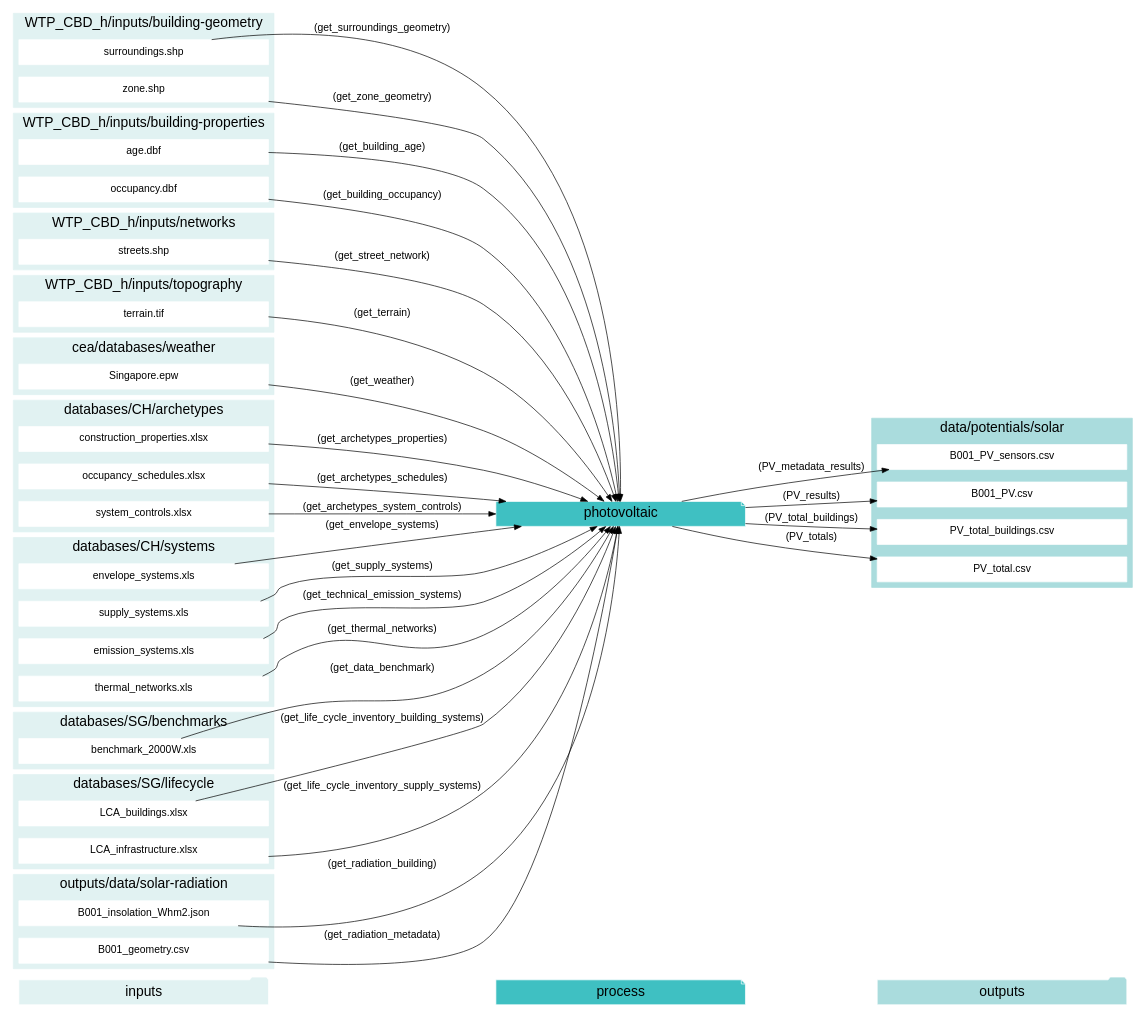
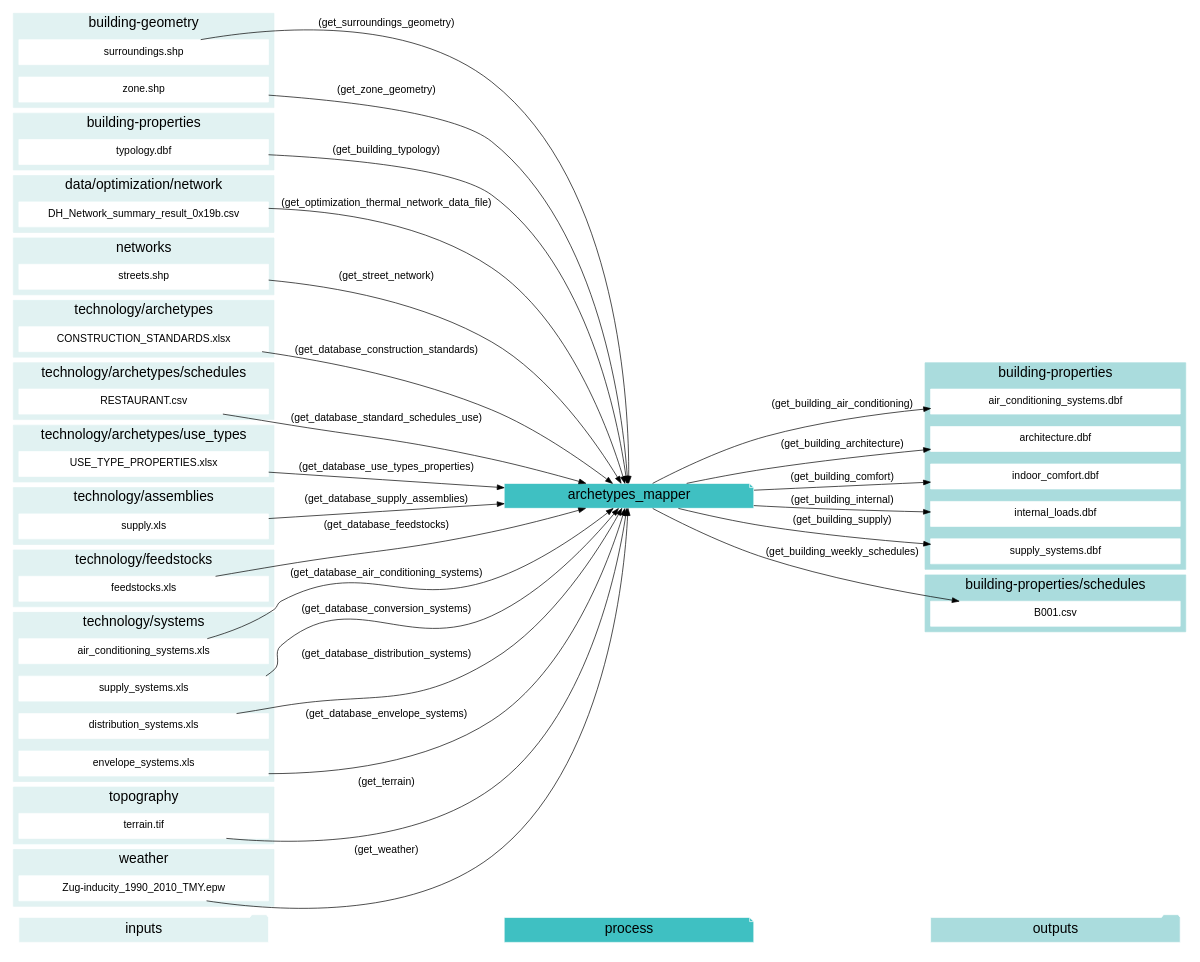
Before and after one commit to architecture-building-systems/CityEnergyAnalyst: diagram 20 of 20 in docs/script-data-flow.rst, drawn with Graphviz. The commit also changed other lines of this file and 24 other files, not shown here.

```diff
--- a/docs/script-data-flow.rst
+++ b/docs/script-data-flow.rst
@@ -1610,13 +2979,13 @@
     "inputs"->"process"[style=invis]
     "process"->"outputs"[style=invis]
     }
-    "photovoltaic"[style=filled, color=white, fillcolor="#3FC0C2", shape=note, fontsize=20, fontname=arial];
+    "archetypes_mapper"[style=filled, color=white, fillcolor="#3FC0C2", shape=note, fontsize=20, fontname=arial];
     subgraph cluster_0_in {
         style = filled;
         color = "#E1F2F2";
         fontsize = 20;
         rank=same;
-        label="WTP_CBD_h/inputs/building-geometry";
+        label="building-geometry";
         "surroundings.shp"
         "zone.shp"
     }
@@ -1625,113 +2994,132 @@
         color = "#E1F2F2";
         fontsize = 20;
         rank=same;
-        label="WTP_CBD_h/inputs/building-properties";
-        "age.dbf"
-        "occupancy.dbf"
+        label="building-properties";
+        "typology.dbf"
     }
-    subgraph cluster_2_in {
+    subgraph cluster_1_out {
         style = filled;
-        color = "#E1F2F2";
+        color = "#aadcdd";
         fontsize = 20;
         rank=same;
-        label="WTP_CBD_h/inputs/networks";
-        "streets.shp"
+        label="building-properties";
+        "air_conditioning_systems.dbf"
+        "architecture.dbf"
+        "indoor_comfort.dbf"
+        "internal_loads.dbf"
+        "supply_systems.dbf"
+    }
+    subgraph cluster_2_out {
+        style = filled;
+        color = "#aadcdd";
+        fontsize = 20;
+        rank=same;
+        label="building-properties/schedules";
+        "B001.csv"
     }
     subgraph cluster_3_in {
         style = filled;
         color = "#E1F2F2";
         fontsize = 20;
         rank=same;
-        label="WTP_CBD_h/inputs/topography";
-        "terrain.tif"
+        label="data/optimization/network";
+        "DH_Network_summary_result_0x19b.csv"
     }
     subgraph cluster_4_in {
         style = filled;
         color = "#E1F2F2";
         fontsize = 20;
         rank=same;
-        label="cea/databases/weather";
-        "Singapore.epw"
+        label="networks";
+        "streets.shp"
     }
-    subgraph cluster_5_out {
+    subgraph cluster_5_in {
         style = filled;
-        color = "#aadcdd";
+        color = "#E1F2F2";
         fontsize = 20;
         rank=same;
-        label="data/potentials/solar";
-        "B001_PV_sensors.csv"
-        "B001_PV.csv"
-        "PV_total_buildings.csv"
-        "PV_total.csv"
+        label="technology/archetypes";
+        "CONSTRUCTION_STANDARDS.xlsx"
     }
     subgraph cluster_6_in {
         style = filled;
         color = "#E1F2F2";
         fontsize = 20;
         rank=same;
-        label="databases/CH/archetypes";
-        "construction_properties.xlsx"
-        "occupancy_schedules.xlsx"
-        "system_controls.xlsx"
+        label="technology/archetypes/schedules";
+        "RESTAURANT.csv"
     }
     subgraph cluster_7_in {
         style = filled;
         color = "#E1F2F2";
         fontsize = 20;
         rank=same;
-        label="databases/CH/systems";
-        "envelope_systems.xls"
-        "supply_systems.xls"
-        "emission_systems.xls"
-        "thermal_networks.xls"
+        label="technology/archetypes/use_types";
+        "USE_TYPE_PROPERTIES.xlsx"
     }
     subgraph cluster_8_in {
         style = filled;
         color = "#E1F2F2";
         fontsize = 20;
         rank=same;
-        label="databases/SG/benchmarks";
-        "benchmark_2000W.xls"
+        label="technology/assemblies";
+        "supply.xls"
     }
     subgraph cluster_9_in {
         style = filled;
         color = "#E1F2F2";
         fontsize = 20;
         rank=same;
-        label="databases/SG/lifecycle";
-        "LCA_buildings.xlsx"
-        "LCA_infrastructure.xlsx"
+        label="technology/feedstocks";
+        "feedstocks.xls"
     }
     subgraph cluster_10_in {
         style = filled;
         color = "#E1F2F2";
         fontsize = 20;
         rank=same;
-        label="outputs/data/solar-radiation";
-        "B001_insolation_Whm2.json"
-        "B001_geometry.csv"
+        label="technology/systems";
+        "air_conditioning_systems.xls"
+        "supply_systems.xls"
+        "distribution_systems.xls"
+        "envelope_systems.xls"
     }
-    "construction_properties.xlsx" -> "photovoltaic"[label="(get_archetypes_properties)"]
-    "occupancy_schedules.xlsx" -> "photovoltaic"[label="(get_archetypes_schedules)"]
-    "system_controls.xlsx" -> "photovoltaic"[label="(get_archetypes_system_controls)"]
-    "age.dbf" -> "photovoltaic"[label="(get_building_age)"]
-    "occupancy.dbf" -> "photovoltaic"[label="(get_building_occupancy)"]
-    "benchmark_2000W.xls" -> "photovoltaic"[label="(get_data_benchmark)"]
-    "surroundings.shp" -> "photovoltaic"[label="(get_surroundings_geometry)"]
-    "envelope_systems.xls" -> "photovoltaic"[label="(get_envelope_systems)"]
-    "LCA_buildings.xlsx" -> "photovoltaic"[label="(get_life_cycle_inventory_building_systems)"]
-    "LCA_infrastructure.xlsx" -> "photovoltaic"[label="(get_life_cycle_inventory_supply_systems)"]
-    "B001_insolation_Whm2.json" -> "photovoltaic"[label="(get_radiation_building)"]
-    "B001_geometry.csv" -> "photovoltaic"[label="(get_radiation_metadata)"]
-    "streets.shp" -> "photovoltaic"[label="(get_street_network)"]
-    "supply_systems.xls" -> "photovoltaic"[label="(get_supply_systems)"]
-    "emission_systems.xls" -> "photovoltaic"[label="(get_technical_emission_systems)"]
-    "terrain.tif" -> "photovoltaic"[label="(get_terrain)"]
-    "thermal_networks.xls" -> "photovoltaic"[label="(get_thermal_networks)"]
-    "Singapore.epw" -> "photovoltaic"[label="(get_weather)"]
-    "zone.shp" -> "photovoltaic"[label="(get_zone_geometry)"]
-    "photovoltaic" -> "B001_PV_sensors.csv"[label="(PV_metadata_results)"]
-    "photovoltaic" -> "B001_PV.csv"[label="(PV_results)"]
-    "photovoltaic" -> "PV_total_buildings.csv"[label="(PV_total_buildings)"]
-    "photovoltaic" -> "PV_total.csv"[label="(PV_totals)"]
+    subgraph cluster_11_in {
+        style = filled;
+        color = "#E1F2F2";
+        fontsize = 20;
+        rank=same;
+        label="topography";
+        "terrain.tif"
     }
+    subgraph cluster_12_in {
+        style = filled;
+        color = "#E1F2F2";
+        fontsize = 20;
+        rank=same;
+        label="weather";
+        "Zug-inducity_1990_2010_TMY.epw"
+    }
+    "typology.dbf" -> "archetypes_mapper"[label="(get_building_typology)"]
+    "air_conditioning_systems.xls" -> "archetypes_mapper"[label="(get_database_air_conditioning_systems)"]
+    "CONSTRUCTION_STANDARDS.xlsx" -> "archetypes_mapper"[label="(get_database_construction_standards)"]
+    "supply_systems.xls" -> "archetypes_mapper"[label="(get_database_conversion_systems)"]
+    "distribution_systems.xls" -> "archetypes_mapper"[label="(get_database_distribution_systems)"]
+    "envelope_systems.xls" -> "archetypes_mapper"[label="(get_database_envelope_systems)"]
+    "feedstocks.xls" -> "archetypes_mapper"[label="(get_database_feedstocks)"]
+    "RESTAURANT.csv" -> "archetypes_mapper"[label="(get_database_standard_schedules_use)"]
+    "supply.xls" -> "archetypes_mapper"[label="(get_database_supply_assemblies)"]
+    "USE_TYPE_PROPERTIES.xlsx" -> "archetypes_mapper"[label="(get_database_use_types_properties)"]
+    "DH_Network_summary_result_0x19b.csv" -> "archetypes_mapper"[label="(get_optimization_thermal_network_data_file)"]
+    "streets.shp" -> "archetypes_mapper"[label="(get_street_network)"]
+    "surroundings.shp" -> "archetypes_mapper"[label="(get_surroundings_geometry)"]
+    "terrain.tif" -> "archetypes_mapper"[label="(get_terrain)"]
+    "Zug-inducity_1990_2010_TMY.epw" -> "archetypes_mapper"[label="(get_weather)"]
+    "zone.shp" -> "archetypes_mapper"[label="(get_zone_geometry)"]
+    "archetypes_mapper" -> "air_conditioning_systems.dbf"[label="(get_building_air_conditioning)"]
+    "archetypes_mapper" -> "architecture.dbf"[label="(get_building_architecture)"]
+    "archetypes_mapper" -> "indoor_comfort.dbf"[label="(get_building_comfort)"]
+    "archetypes_mapper" -> "internal_loads.dbf"[label="(get_building_internal)"]
+    "archetypes_mapper" -> "supply_systems.dbf"[label="(get_building_supply)"]
+    "archetypes_mapper" -> "B001.csv"[label="(get_building_weekly_schedules)"]
+    }
```
